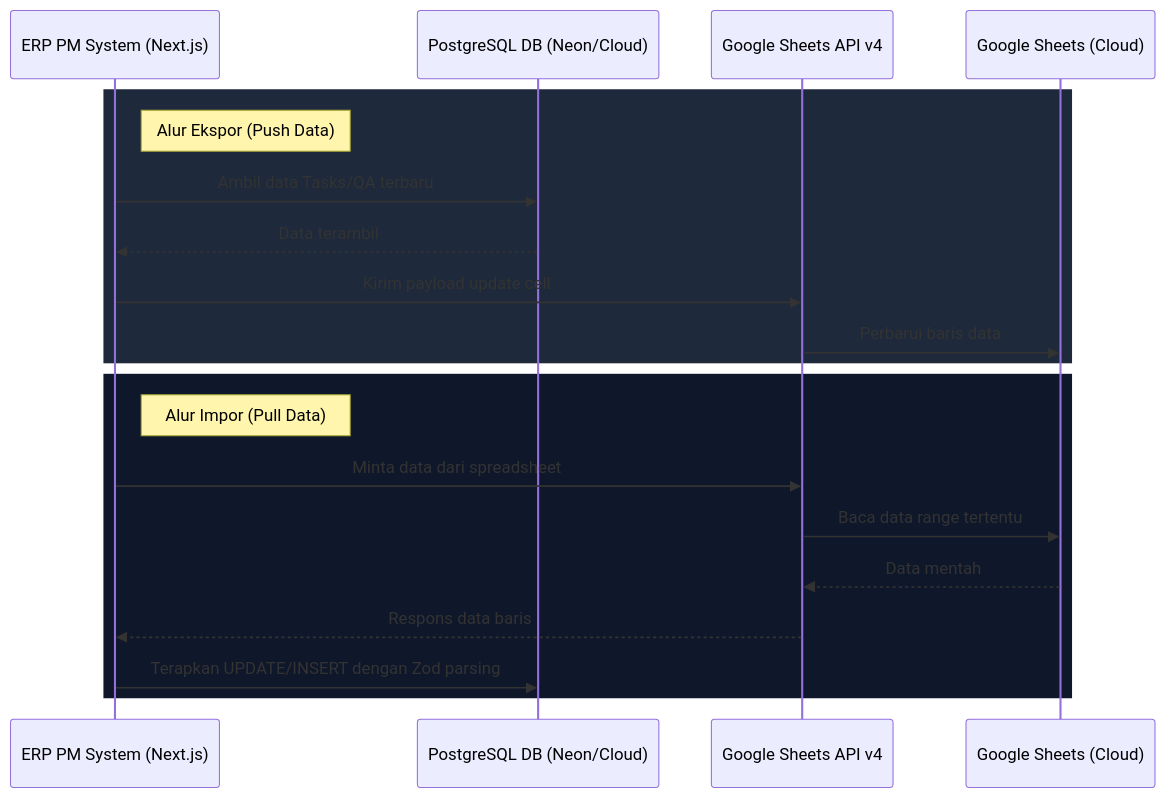
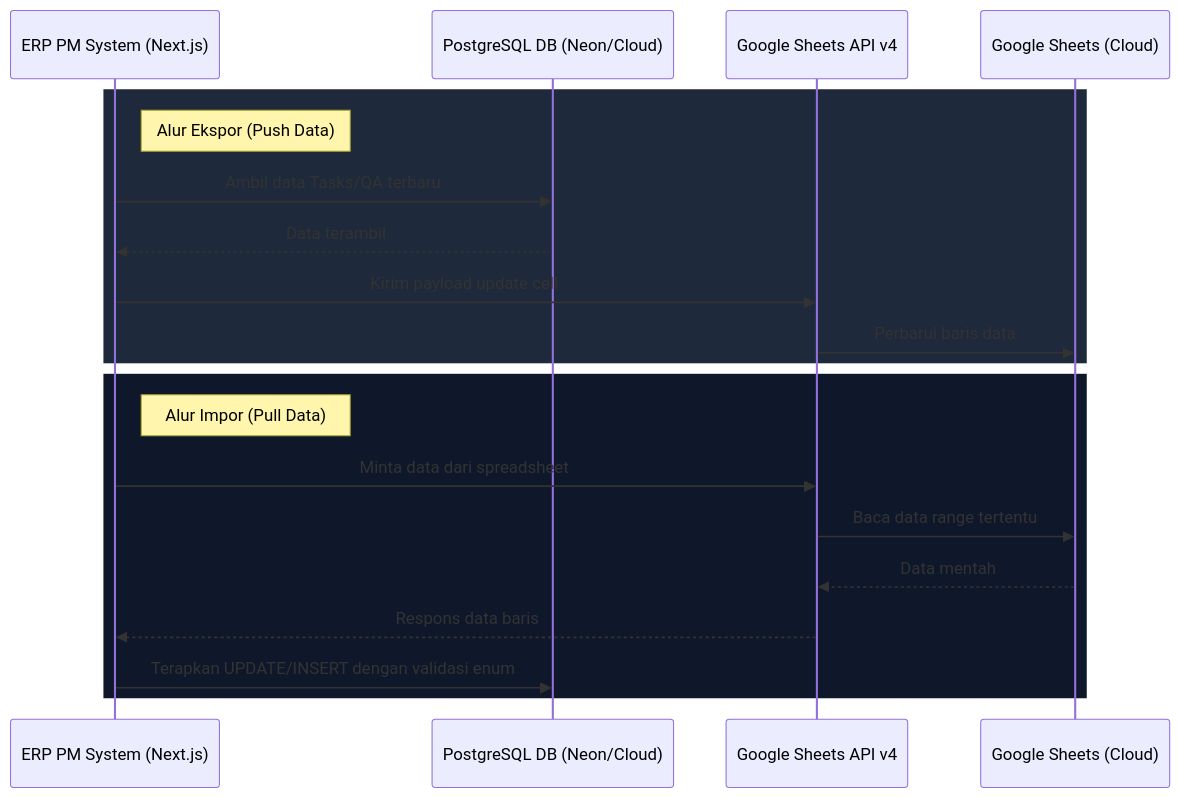
Before and after one commit to ndo-fer/pm-qa-system: the diagram in docs-site/docs/architecture/data-sync.md, drawn with Mermaid. The commit also changed other lines of this file, not shown here.

````diff
--- a/docs-site/docs/architecture/data-sync.md
+++ b/docs-site/docs/architecture/data-sync.md
@@ -9,24 +9,24 @@
 ```mermaid
 sequenceDiagram
     participant WebApp as ERP PM System (Next.js)
     participant DB as PostgreSQL DB (Neon/Cloud)
     participant API as Google Sheets API v4
     participant Sheet as Google Sheets (Cloud)
 
     rect rgb(30, 41, 59)
         note right of WebApp: Alur Ekspor (Push Data)
         WebApp->>DB: Ambil data Tasks/QA terbaru
         DB-->>WebApp: Data terambil
         WebApp->>API: Kirim payload update cell
         API->>Sheet: Perbarui baris data
     end
     
     rect rgb(15, 23, 42)
         note right of WebApp: Alur Impor (Pull Data)
         WebApp->>API: Minta data dari spreadsheet
         API->>Sheet: Baca data range tertentu
         Sheet-->>API: Data mentah
         API-->>WebApp: Respons data baris
-        WebApp->>DB: Terapkan UPDATE/INSERT dengan Zod parsing
+        WebApp->>DB: Terapkan UPDATE/INSERT dengan validasi enum
     end
 ```
````
